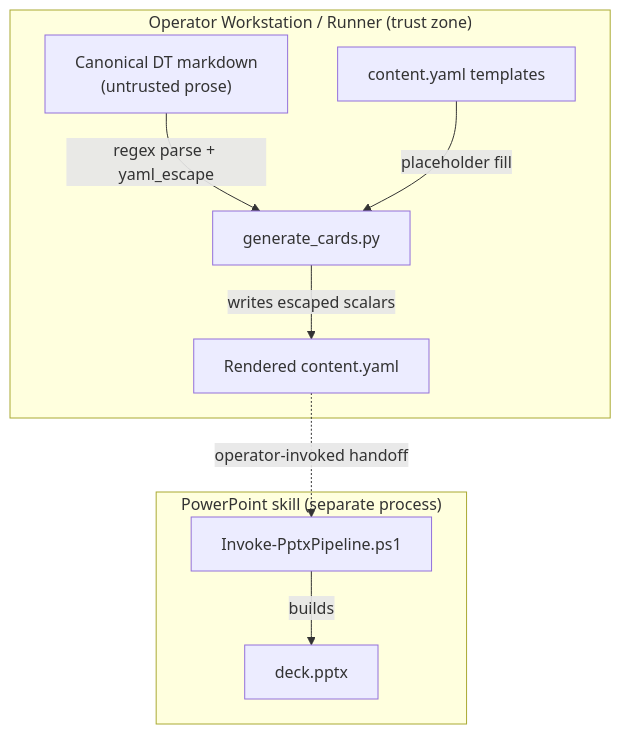
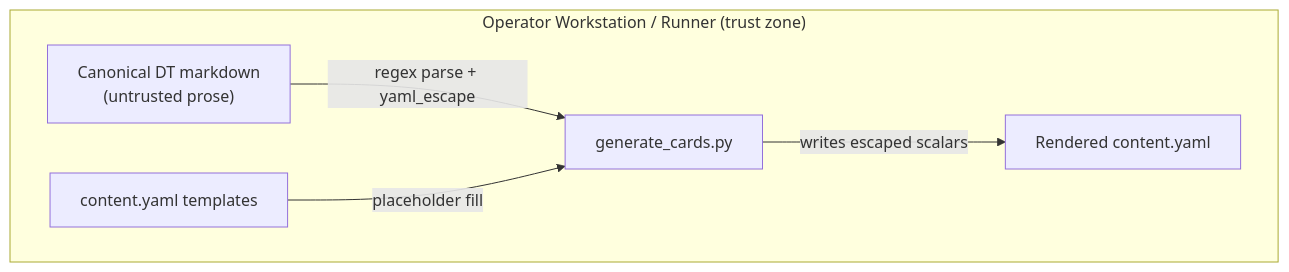
One commit to asiapartners/hve-innovation changed the diagram in .github/skills/experimental/customer-card-render/SECURITY.md. Above: the diagram before and after it, drawn with Mermaid. The commit also changed other lines of this file and 403 other files, not shown here.

````diff
--- a/.github/skills/experimental/customer-card-render/SECURITY.md
+++ b/.github/skills/experimental/customer-card-render/SECURITY.md
@@ -59,18 +58,12 @@
 ```mermaid
 flowchart TD
     subgraph HOST["Operator Workstation / Runner (trust zone)"]
         MD["Canonical DT markdown<br/>(untrusted prose)"]
         TPL["content.yaml templates"]
         CLI["generate_cards.py"]
         OUT["Rendered content.yaml"]
     end
-    subgraph PPTX["PowerPoint skill (separate process)"]
-        PIPE["Invoke-PptxPipeline.ps1"]
-        DECK["deck.pptx"]
-    end
     MD -->|"regex parse + yaml_escape"| CLI
     TPL -->|"placeholder fill"| CLI
     CLI -->|"writes escaped scalars"| OUT
-    OUT -.->|"operator-invoked handoff"| PIPE
-    PIPE -->|"builds"| DECK
 ```
````
